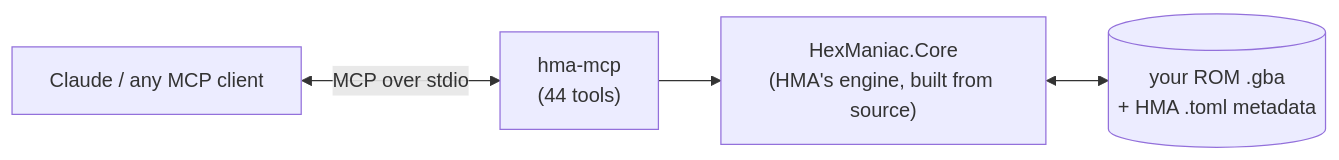
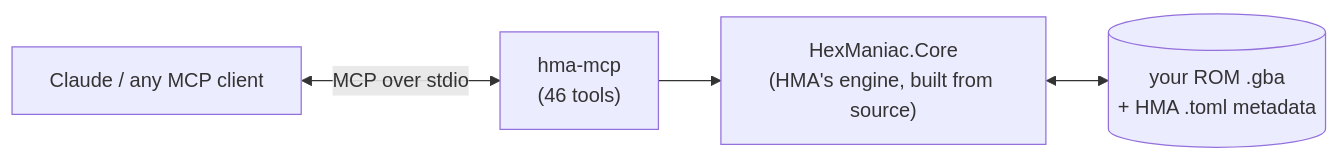
Before and after one commit to dewayneku/hma-mcp: the diagram in README.md, drawn with Mermaid. The commit also changed other lines of this file and 5 other files, not shown here.

````diff
--- a/README.md
+++ b/README.md
@@ -150,6 +151,6 @@
 ```mermaid
 flowchart LR
-    A["Claude / any MCP client"] <-- "MCP over stdio" --> B["hma-mcp<br/>(44 tools)"]
+    A["Claude / any MCP client"] <-- "MCP over stdio" --> B["hma-mcp<br/>(46 tools)"]
     B --> C["HexManiac.Core<br/>(HMA's engine, built from source)"]
     C <--> D[("your ROM .gba<br/>+ HMA .toml metadata")]
 ```
````
